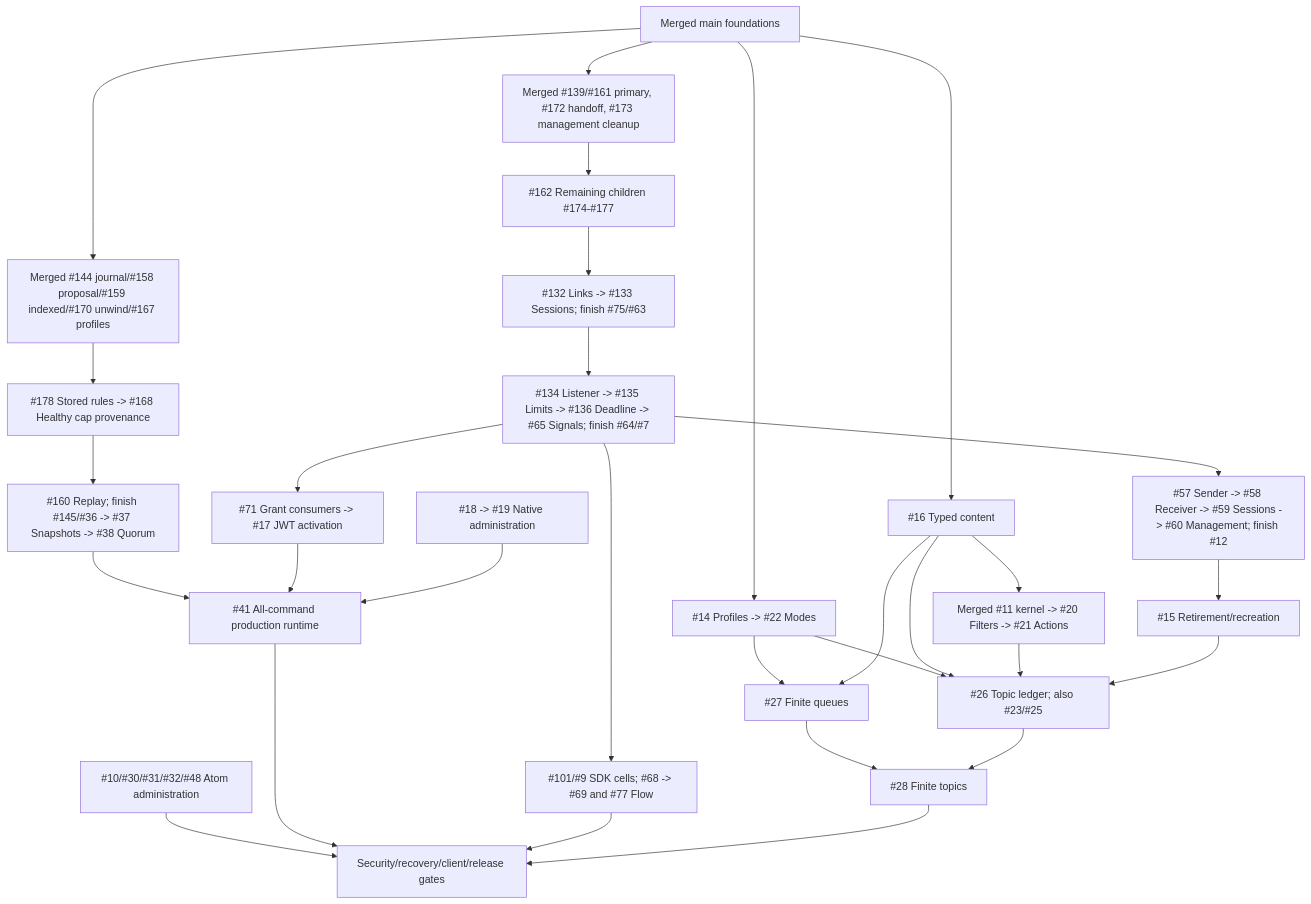
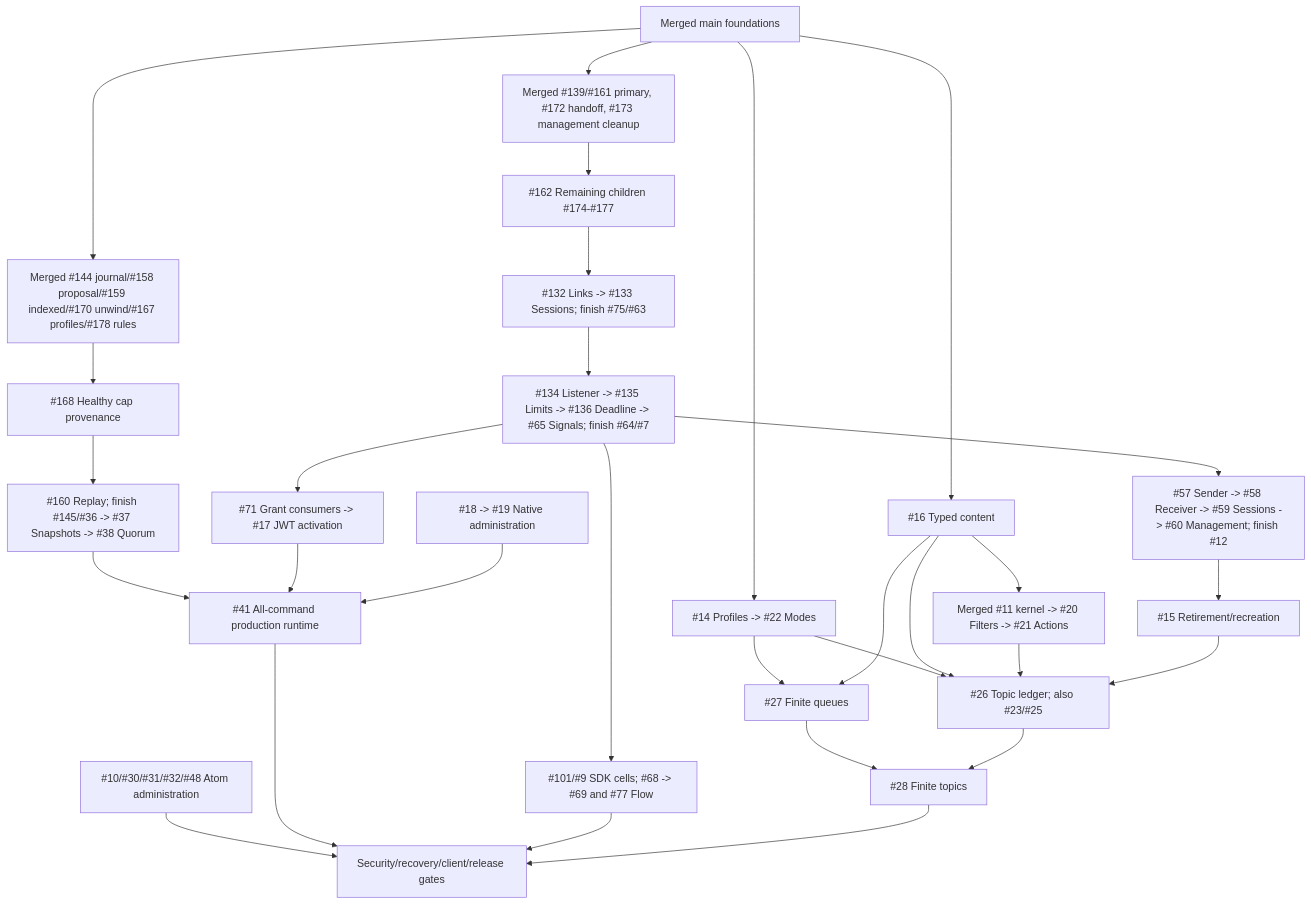
One commit to DeandreT/switchyard changed the diagram in docs/roadmap.md. Above: the diagram before and after it, drawn with Mermaid. The commit also changed other lines of this file and 3 other files, not shown here.

Commit message:
fix(domain): refuse corrupt stored rules before routing

````diff
--- a/docs/roadmap.md
+++ b/docs/roadmap.md
@@ -50,32 +52,32 @@
 ```mermaid
 flowchart TD
     Main["Merged main foundations"] --> Lifecycle["Merged #139/#161 primary, #172 handoff, #173 management cleanup"]
     Lifecycle --> Cleanup["#162 Remaining children #174-#177"]
     Cleanup --> Families["#132 Links -> #133 Sessions; finish #75/#63"]
     Families --> Shutdown["#134 Listener -> #135 Limits -> #136 Deadline -> #65 Signals; finish #64/#7"]
     Shutdown --> Authority["#57 Sender -> #58 Receiver -> #59 Sessions -> #60 Management; finish #12"]
     Authority --> Delete["#15 Retirement/recreation"]
     Shutdown --> Grants["#71 Grant consumers -> #17 JWT activation"]
     Shutdown --> Clients["#101/#9 SDK cells; #68 -> #69 and #77 Flow"]
     Main --> Profiles["#14 Profiles -> #22 Modes"]
     Main --> Content["#16 Typed content"]
     Content --> Rules["Merged #11 kernel -> #20 Filters -> #21 Actions"]
     Profiles --> Queues["#27 Finite queues"]
     Content --> Queues
     Profiles --> Ledger["#26 Topic ledger; also #23/#25"]
     Content --> Ledger
     Rules --> Ledger
     Delete --> Ledger
     Queues --> Topics["#28 Finite topics"]
     Ledger --> Topics
-    Main --> Durable["Merged #144 journal/#158 proposal/#159 indexed/#170 unwind/#167 profiles"]
-    Durable --> Integrity["#178 Stored rules -> #168 Healthy cap provenance"]
+    Main --> Durable["Merged #144 journal/#158 proposal/#159 indexed/#170 unwind/#167 profiles/#178 rules"]
+    Durable --> Integrity["#168 Healthy cap provenance"]
     Integrity --> Replay["#160 Replay; finish #145/#36 -> #37 Snapshots -> #38 Quorum"]
     Replay --> Runtime["#41 All-command production runtime"]
     Grants --> Runtime
     Native["#18 -> #19 Native administration"] --> Runtime
     Atom["#10/#30/#31/#32/#48 Atom administration"] --> Gates["Security/recovery/client/release gates"]
     Runtime --> Gates
     Clients --> Gates
     Topics --> Gates
 ```
````
